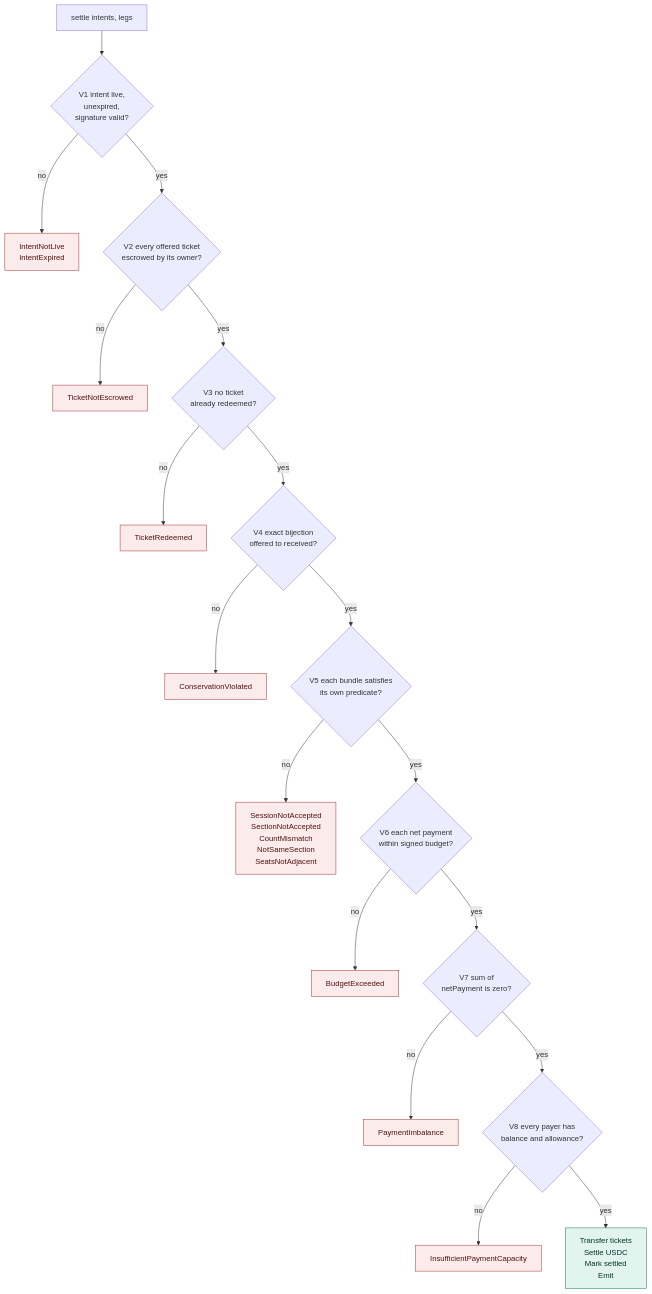
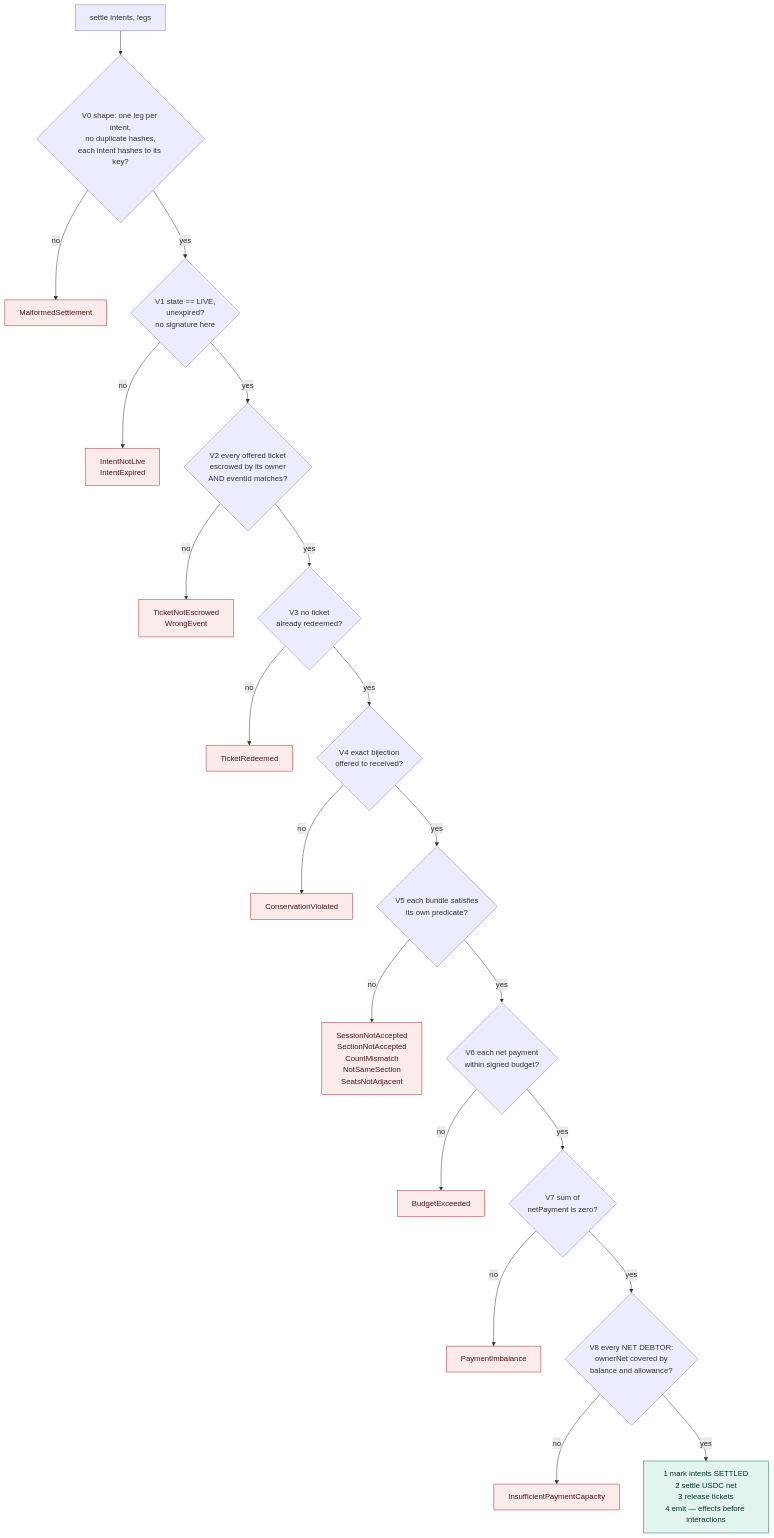
Before and after one commit to angelphoon7/online2026: the tenth of 26 diagrams in README.md, drawn with Mermaid. The commit also changed other lines of this file and 6 other files, not shown here.

````diff
--- a/README.md
+++ b/README.md
@@ -241,25 +260,27 @@
 ```mermaid
 flowchart TD
-    S["settle intents, legs"] --> V1{"V1 intent live,<br/>unexpired,<br/>signature valid?"}
+    S["settle intents, legs"] --> V0{"V0 shape: one leg per intent,<br/>no duplicate hashes,<br/>each intent hashes to its key?"}
+    V0 -->|"no"| E0["MalformedSettlement"]
+    V0 -->|"yes"| V1{"V1 state == LIVE,<br/>unexpired?<br/>no signature here"}
     V1 -->|"no"| E1["IntentNotLive<br/>IntentExpired"]
-    V1 -->|"yes"| V2{"V2 every offered ticket<br/>escrowed by its owner?"}
-    V2 -->|"no"| E2["TicketNotEscrowed"]
+    V1 -->|"yes"| V2{"V2 every offered ticket<br/>escrowed by its owner<br/>AND eventId matches?"}
+    V2 -->|"no"| E2["TicketNotEscrowed<br/>WrongEvent"]
     V2 -->|"yes"| V3{"V3 no ticket<br/>already redeemed?"}
     V3 -->|"no"| E3["TicketRedeemed"]
     V3 -->|"yes"| V4{"V4 exact bijection<br/>offered to received?"}
     V4 -->|"no"| E4["ConservationViolated"]
     V4 -->|"yes"| V5{"V5 each bundle satisfies<br/>its own predicate?"}
     V5 -->|"no"| E5["SessionNotAccepted<br/>SectionNotAccepted<br/>CountMismatch<br/>NotSameSection<br/>SeatsNotAdjacent"]
     V5 -->|"yes"| V6{"V6 each net payment<br/>within signed budget?"}
     V6 -->|"no"| E6["BudgetExceeded"]
     V6 -->|"yes"| V7{"V7 sum of<br/>netPayment is zero?"}
     V7 -->|"no"| E7["PaymentImbalance"]
-    V7 -->|"yes"| V8{"V8 every payer has<br/>balance and allowance?"}
+    V7 -->|"yes"| V8{"V8 every NET DEBTOR:<br/>ownerNet covered by<br/>balance and allowance?"}
     V8 -->|"no"| E8["InsufficientPaymentCapacity"]
-    V8 -->|"yes"| X["Transfer tickets<br/>Settle USDC<br/>Mark settled<br/>Emit"]
+    V8 -->|"yes"| X["1 mark intents SETTLED<br/>2 settle USDC net<br/>3 release tickets<br/>4 emit — effects before interactions"]
 
     classDef ok fill:#E1F5EE,stroke:#0F6E56,stroke-width:1px,color:#04342C
     classDef bad fill:#FCEBEB,stroke:#A32D2D,stroke-width:1px,color:#501313
     class X ok
-    class E1,E2,E3,E4,E5,E6,E7,E8 bad
+    class E0,E1,E2,E3,E4,E5,E6,E7,E8 bad
 ```
````
